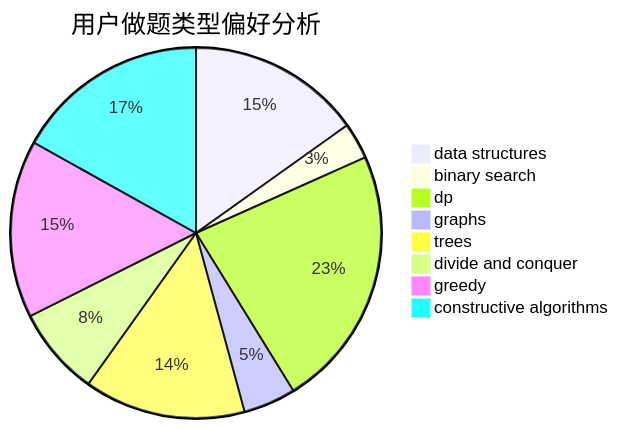
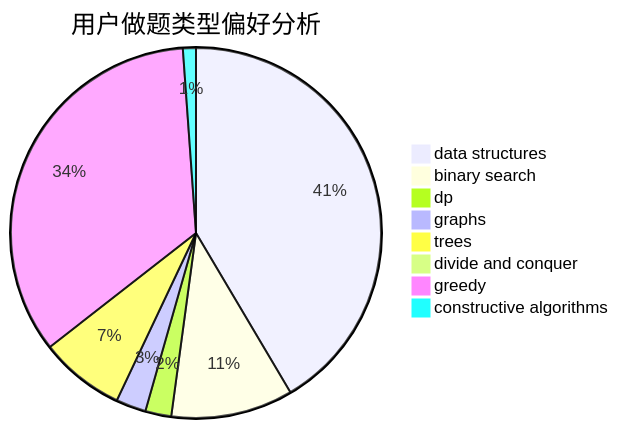
The second of 3 diagrams in docs/user/u1493.md (sherpahu/cfrs.github.io), drawn with Mermaid before and after one commit. The commit also changed other lines of this file and 2770 other files, not shown here.

````diff
--- a/docs/user/u1493.md
+++ b/docs/user/u1493.md
@@ -23,11 +23,11 @@
 ```mermaid
 pie title 用户做题类型偏好分析
-    "data structures" :  43
-    "binary search" :  9
-    "dp" :  65
-    "graphs" :  13
-    "trees" :  40
-    "divide and conquer" :  22
-    "greedy" :  44
-    "constructive algorithms" :  48
+    "data structures" :  475
+    "binary search" :  122
+    "dp" :  26
+    "graphs" :  30
+    "trees" :  85
+    "divide and conquer" :  10
+    "greedy" :  394
+    "constructive algorithms" :  13
 ```
````
